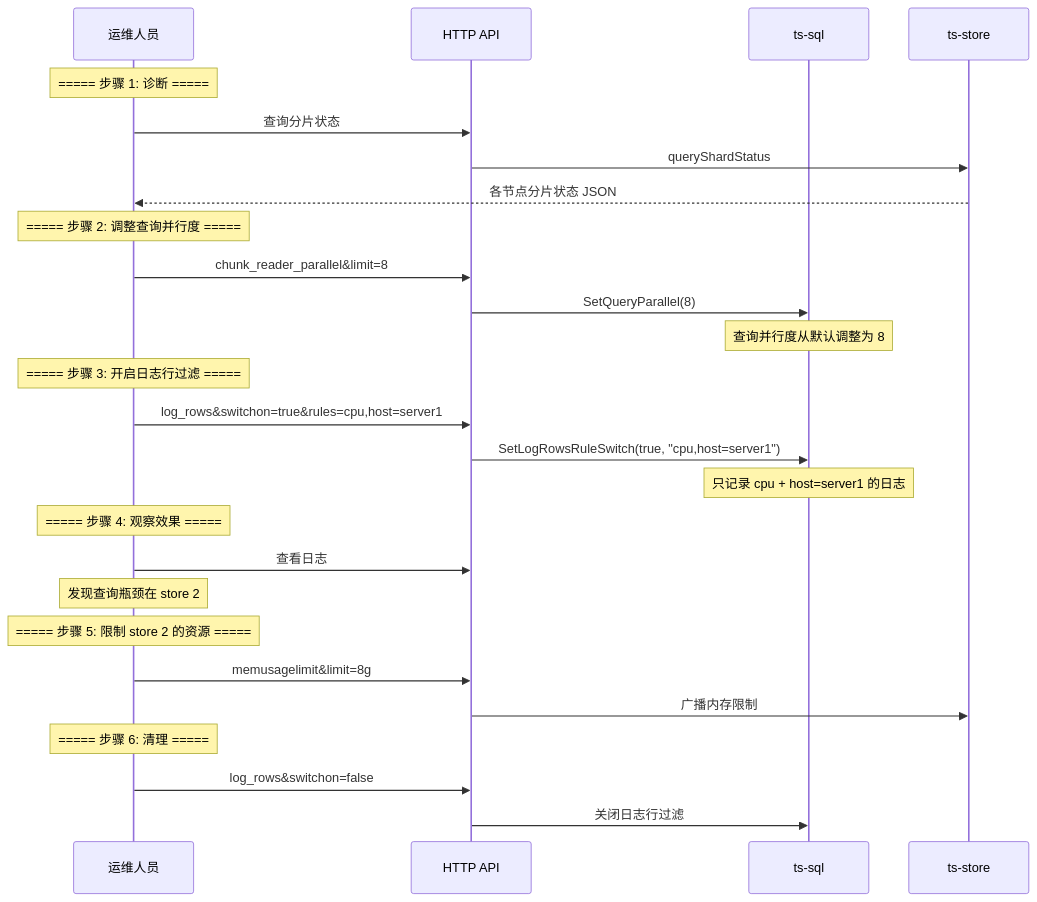
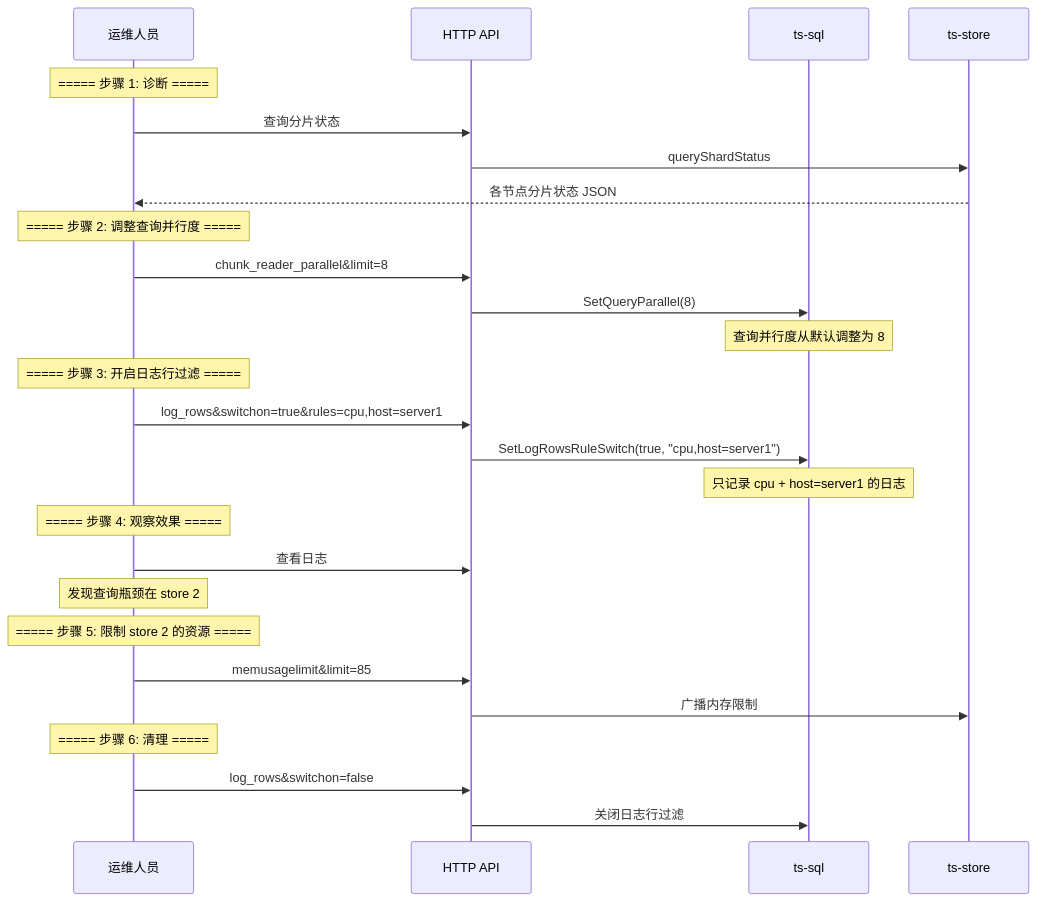
The fifth of 6 diagrams in docs/specs/36_system_control_spec.md (stefanv5/openGemini), drawn with Mermaid before and after one commit. The commit also changed other lines of this file and 37 other files, not shown here.

````diff
--- a/docs/specs/36_system_control_spec.md
+++ b/docs/specs/36_system_control_spec.md
@@ -937,34 +1004,34 @@
 ```mermaid
 sequenceDiagram
     participant Admin as 运维人员
     participant API as HTTP API
     participant SQL as ts-sql
     participant Store as ts-store
 
     Note over Admin: ===== 步骤 1: 诊断 =====
     Admin->>API: 查询分片状态
     API->>Store: queryShardStatus
     Store-->>Admin: 各节点分片状态 JSON
 
     Note over Admin: ===== 步骤 2: 调整查询并行度 =====
     Admin->>API: chunk_reader_parallel&limit=8
     API->>SQL: SetQueryParallel(8)
     Note over SQL: 查询并行度从默认调整为 8
 
     Note over Admin: ===== 步骤 3: 开启日志行过滤 =====
     Admin->>API: log_rows&switchon=true&rules=cpu,host=server1
     API->>SQL: SetLogRowsRuleSwitch(true, "cpu,host=server1")
     Note over SQL: 只记录 cpu + host=server1 的日志
 
     Note over Admin: ===== 步骤 4: 观察效果 =====
     Admin->>API: 查看日志
     Note over Admin: 发现查询瓶颈在 store 2
 
     Note over Admin: ===== 步骤 5: 限制 store 2 的资源 =====
-    Admin->>API: memusagelimit&limit=8g
+    Admin->>API: memusagelimit&limit=85
     API->>Store: 广播内存限制
 
     Note over Admin: ===== 步骤 6: 清理 =====
     Admin->>API: log_rows&switchon=false
     API->>SQL: 关闭日志行过滤
 ```
````
